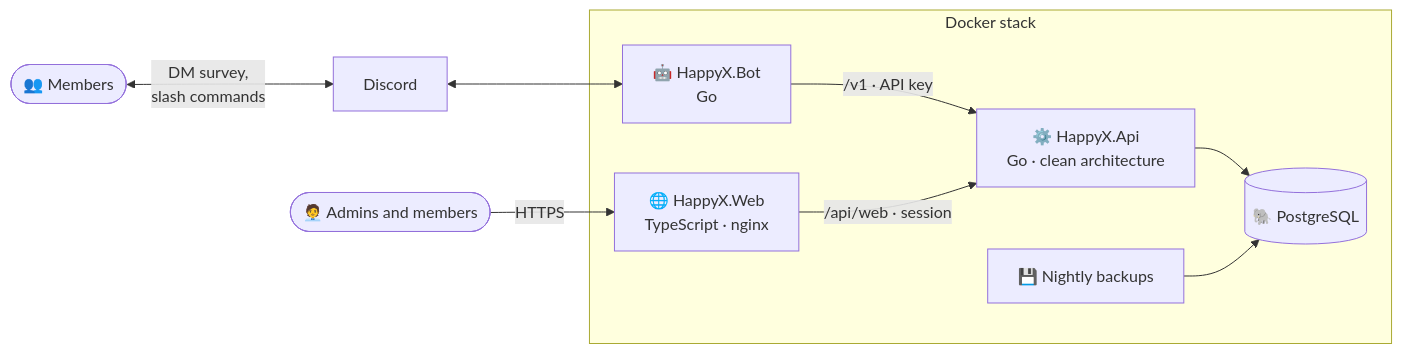
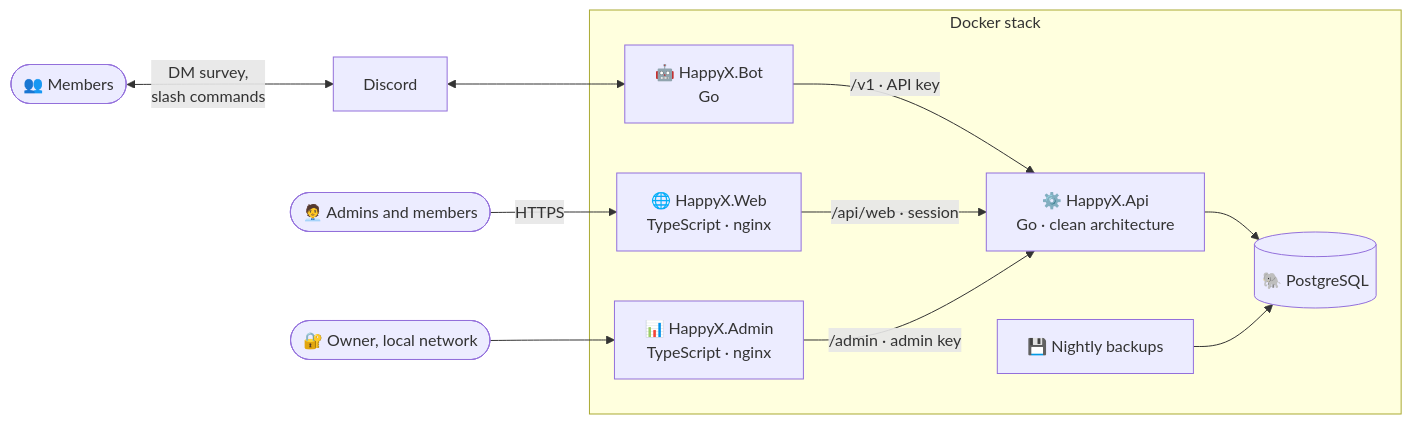
Before and after one commit to moixblau/HappyX: the diagram in README.md, drawn with Mermaid. The commit also changed other lines of this file and 4 other files, not shown here.

First line of the commit message:
Add the admin dashboard to the stack, local network only

````diff
--- a/README.md
+++ b/README.md
@@ -173,12 +173,14 @@
 ```mermaid
 flowchart LR
     members(["👥 Members"]) <-- "DM survey,<br>slash commands" --> discord["Discord"]
     people(["🧑‍💼 Admins and members"]) -- "HTTPS" --> web
     discord <--> bot
     subgraph stack["Docker stack"]
         bot["🤖 HappyX.Bot<br>Go"] -- "/v1 · API key" --> api["⚙️ HappyX.Api<br>Go · clean architecture"]
         web["🌐 HappyX.Web<br>TypeScript · nginx"] -- "/api/web · session" --> api
         api --> db[("🐘 PostgreSQL")]
         backup["💾 Nightly backups"] --> db
+        admin["📊 HappyX.Admin<br>TypeScript · nginx"] -- "/admin · admin key" --> api
     end
+    owner(["🔐 Owner, local network"]) --> admin
 ```
````
